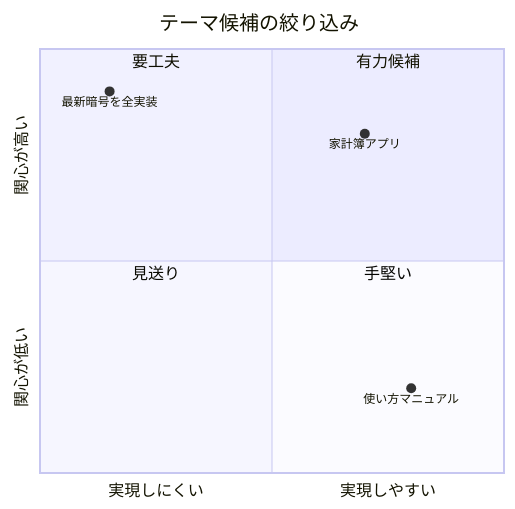
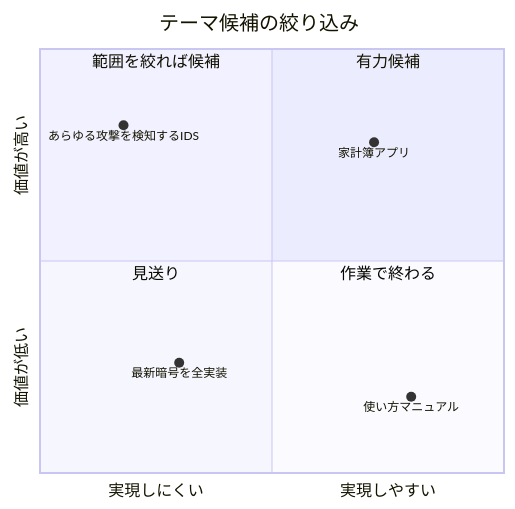
One commit to yusukem99/thesis changed the third of 3 diagrams in courses/テーマ決定とグループ編成.md. Above: the diagram before and after it, drawn with Mermaid. The commit also changed other lines of this file, not shown here.

````diff
--- a/courses/テーマ決定とグループ編成.md
+++ b/courses/テーマ決定とグループ編成.md
@@ -187,13 +190,14 @@
 ```mermaid
 quadrantChart
     title テーマ候補の絞り込み
     x-axis 実現しにくい --> 実現しやすい
-    y-axis 関心が低い --> 関心が高い
+    y-axis 価値が低い --> 価値が高い
     quadrant-1 有力候補
-    quadrant-2 要工夫
+    quadrant-2 範囲を絞れば候補
     quadrant-3 見送り
-    quadrant-4 手堅い
-    家計簿アプリ: [0.7, 0.8]
-    最新暗号を全実装: [0.15, 0.9]
-    使い方マニュアル: [0.8, 0.2]
+    quadrant-4 作業で終わる
+    家計簿アプリ: [0.72, 0.78]
+    あらゆる攻撃を検知するIDS: [0.18, 0.82]
+    最新暗号を全実装: [0.3, 0.26]
+    使い方マニュアル: [0.8, 0.18]
 ```
````
